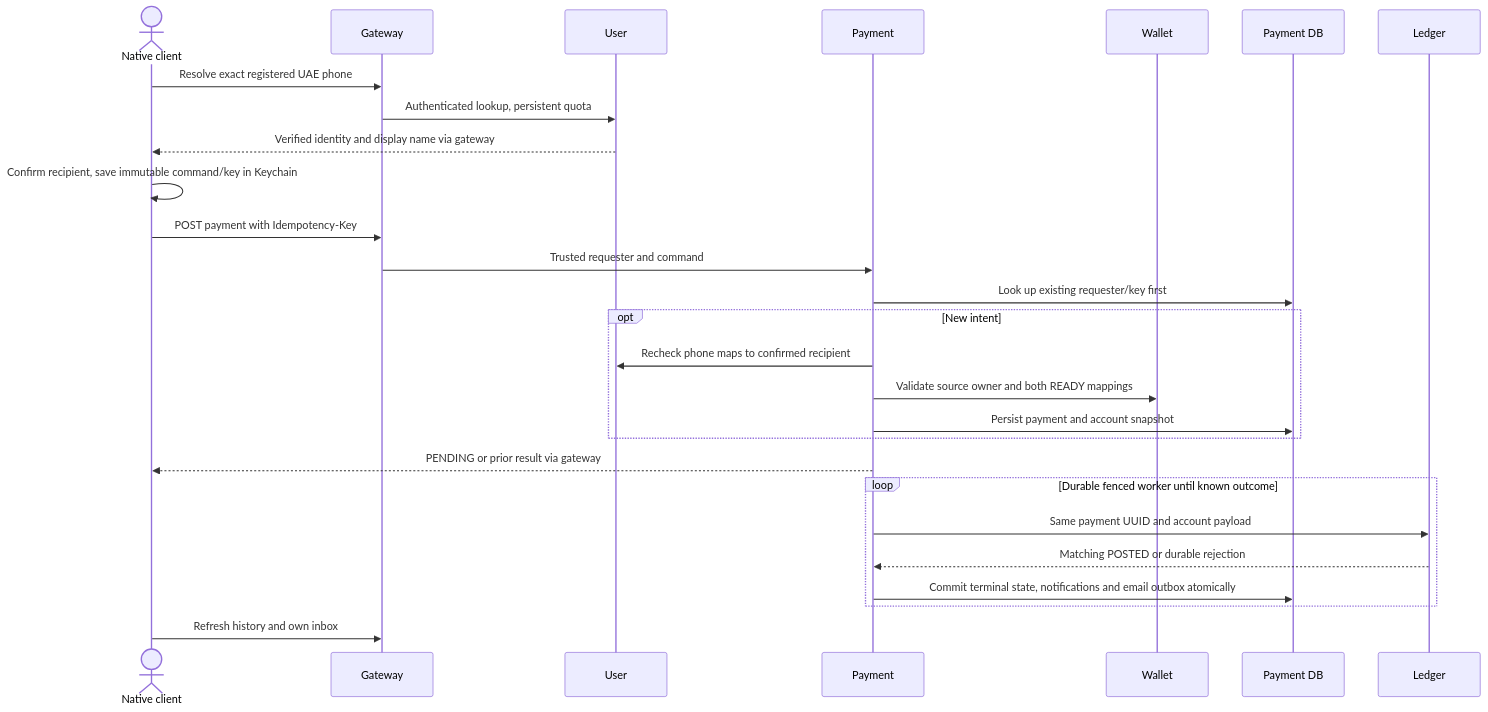
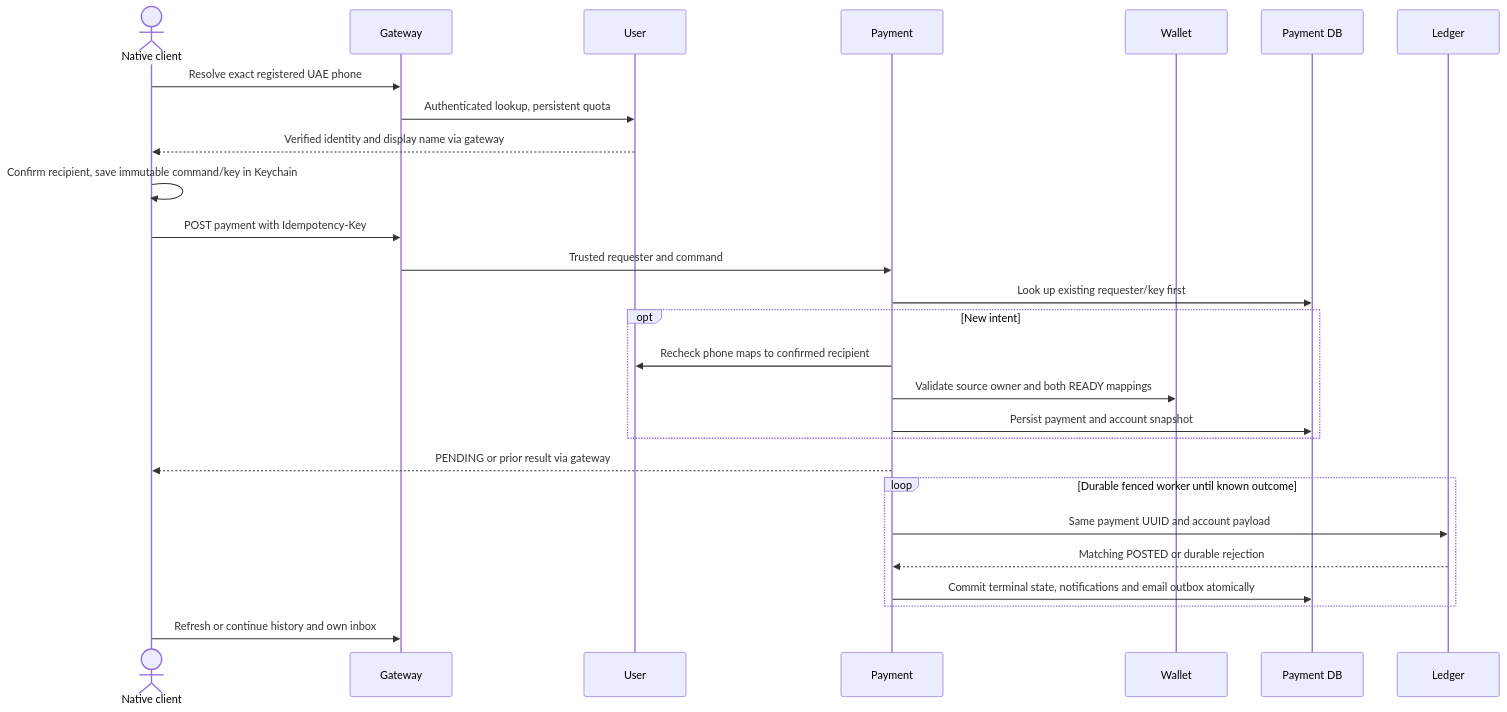
One commit to aarbabaev/ArMoney changed diagram 13 of 18 in ARCHITECTURE.md. Above: the diagram before and after it, drawn with Mermaid. The commit also changed other lines of this file and 22 other files, not shown here.

````diff
--- a/ARCHITECTURE.md
+++ b/ARCHITECTURE.md
@@ -468,29 +469,29 @@
 ```mermaid
 sequenceDiagram
     actor C as Native client
     participant G as Gateway
     participant U as User
     participant P as Payment
     participant W as Wallet
     participant DB as Payment DB
     participant L as Ledger
     C->>G: Resolve exact registered UAE phone
     G->>U: Authenticated lookup, persistent quota
     U-->>C: Verified identity and display name via gateway
     C->>C: Confirm recipient, save immutable command/key in Keychain
     C->>G: POST payment with Idempotency-Key
     G->>P: Trusted requester and command
     P->>DB: Look up existing requester/key first
     opt New intent
         P->>U: Recheck phone maps to confirmed recipient
         P->>W: Validate source owner and both READY mappings
         P->>DB: Persist payment and account snapshot
     end
     P-->>C: PENDING or prior result via gateway
     loop Durable fenced worker until known outcome
         P->>L: Same payment UUID and account payload
         L-->>P: Matching POSTED or durable rejection
         P->>DB: Commit terminal state, notifications and email outbox atomically
     end
-    C->>G: Refresh history and own inbox
+    C->>G: Refresh or continue history and own inbox
 ```
````
